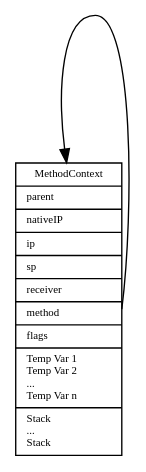
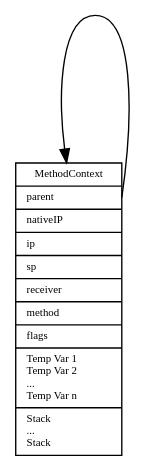
Before and after one commit to mathk/gst-jit: the diagram in doc/runtimeContext.dot, drawn with Graphviz.

Commit message:
Fix edge port

```diff
--- a/doc/runtimeContext.dot
+++ b/doc/runtimeContext.dot
@@ -1,21 +1,21 @@
 digraph G {
 	fontname = "Bitstream Vera Sans";
 	fontsize = 8;
 
     node [
 		 fontname = "Bitstream Vera Sans"
 		 fontsize = 8
 		 shape = "record"
    ];
 
    edge [
    		fontname = "Bitstream Vera Sans"
        	fontsize = 8
    ];
 
    MethodContext [
   		label = "{ <head> MethodContext | <parent> parent \l| nativeIP \l | ip \l| sp \l| receiver \l| method  \l|  flags \l| Temp Var 1 \l Temp Var 2 \l ... \l Temp Var n \l| Stack \l ... \l Stack \l }"
 	];
 
-	MethodContext:parent -> MethodContext:head [tailport=e];
+	MethodContext:parent:e -> MethodContext:head;
 }
```
